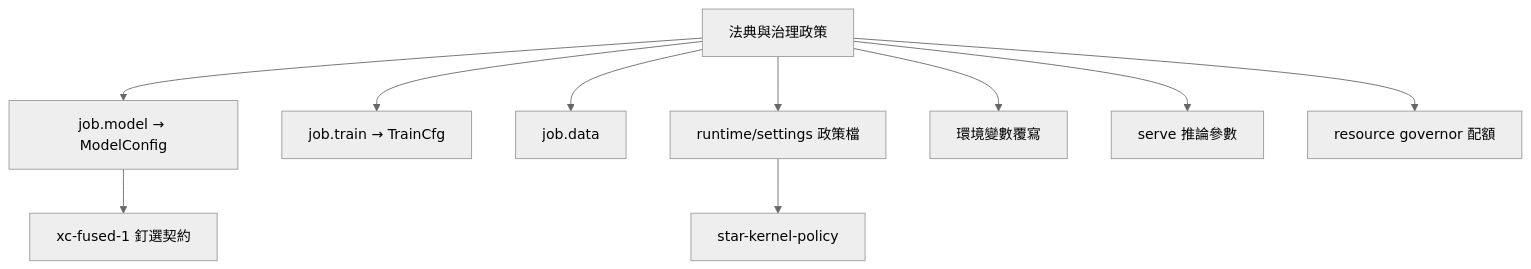
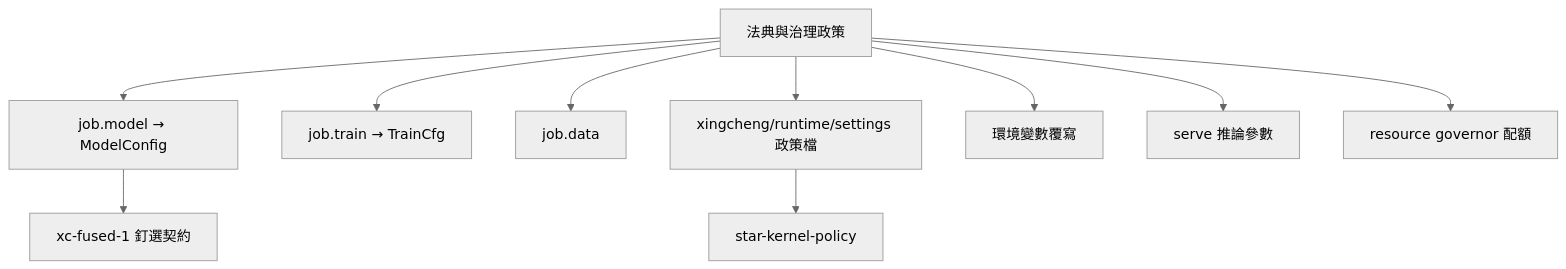
Before and after one commit to guilty442-source/GPTBridge: the diagram in governance_rule/codex/architecture-xingcheng-parameters.md, drawn with Mermaid (neutral theme). The commit also changed other lines of this file and 21 other files, not shown here.

First line of the commit message:
xingcheng: move governed settings under XINGCHENG_INSTITUTION_ROOT

````diff
--- a/governance_rule/codex/architecture-xingcheng-parameters.md
+++ b/governance_rule/codex/architecture-xingcheng-parameters.md
@@ -7,12 +7,12 @@
 ```mermaid
 flowchart TD
     POLICY[法典與治理政策] --> MODELCFG[job.model → ModelConfig]
     POLICY --> TRAINCFG[job.train → TrainCfg]
     POLICY --> DATACFG[job.data]
-    POLICY --> SETTINGS[runtime/settings 政策檔]
+    POLICY --> SETTINGS[xingcheng/runtime/settings 政策檔]
     POLICY --> ENV[環境變數覆寫]
     POLICY --> SERVECFG[serve 推論參數]
     POLICY --> GOV[resource governor 配額]
     MODELCFG --> CANON[xc-fused-1 釘選契約]
     SETTINGS --> KPOL[star-kernel-policy]
 ```
````
